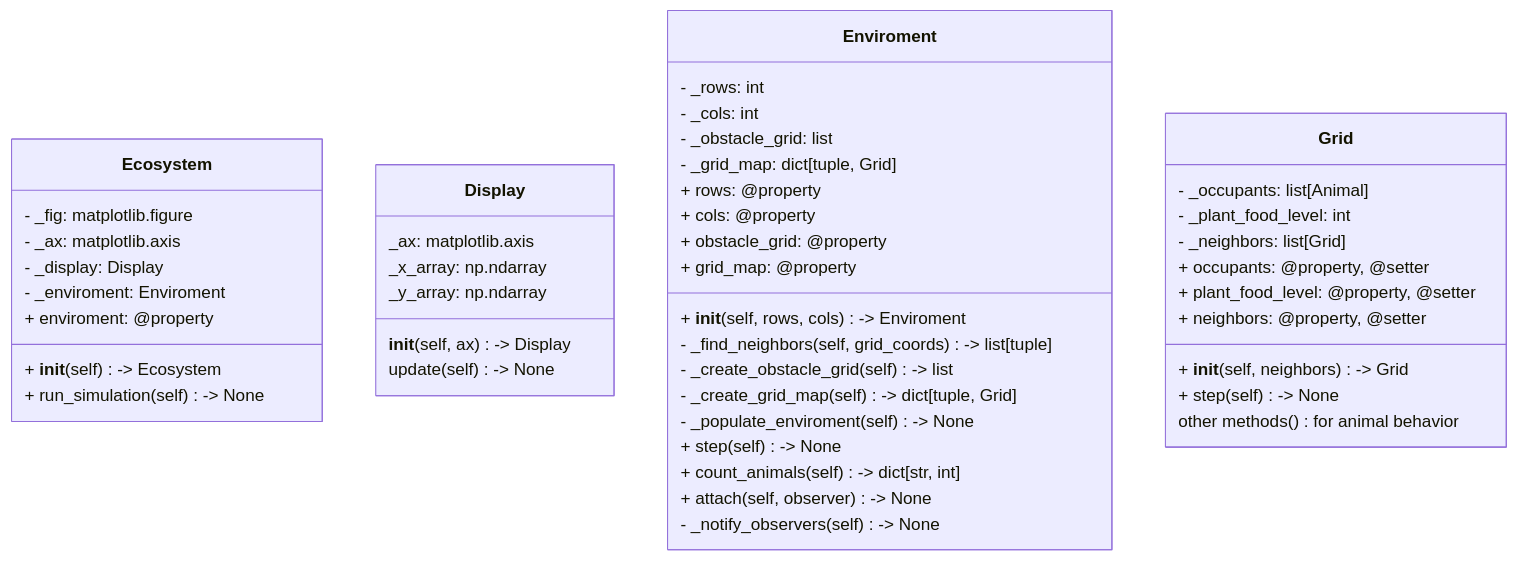
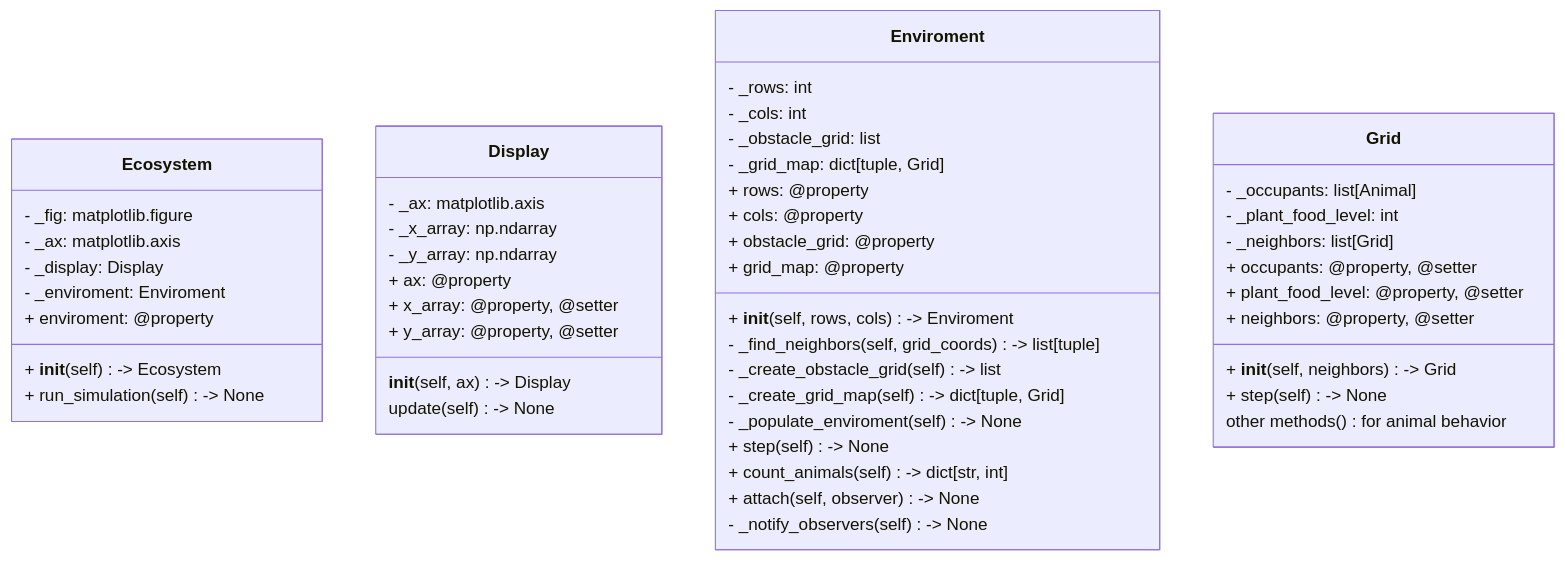
The diagram in README.md (jonathancsci/eco-sys-sim), drawn with Mermaid before and after one commit.

Commit message:
Minor change to UML

````diff
--- a/README.md
+++ b/README.md
@@ -4,54 +4,57 @@
 ```mermaid
 classDiagram
 class Ecosystem {
     - _fig: matplotlib.figure
     - _ax: matplotlib.axis
     - _display: Display
     - _enviroment: Enviroment
     + enviroment: @property
 
     + __init__(self) -> Ecosystem
     + run_simulation(self) -> None
 }
 class Display {
-    _ax: matplotlib.axis
-    _x_array: np.ndarray
-    _y_array: np.ndarray
+    - _ax: matplotlib.axis
+    - _x_array: np.ndarray
+    - _y_array: np.ndarray
+    + ax: @property
+    + x_array: @property, @setter
+    + y_array: @property, @setter
 
     __init__(self, ax) -> Display
     update(self) -> None
 }
 class Enviroment {
     - _rows: int
     - _cols: int
     - _obstacle_grid: list
     - _grid_map: dict[tuple, Grid]
     + rows: @property
     + cols: @property
     + obstacle_grid: @property
     + grid_map: @property
 
     + __init__(self, rows, cols) -> Enviroment
     - _find_neighbors(self, grid_coords) -> list[tuple]
     - _create_obstacle_grid(self) -> list
     - _create_grid_map(self) -> dict[tuple, Grid]
     - _populate_enviroment(self) -> None
     + step(self) -> None
     + count_animals(self) -> dict[str, int]
     + attach(self, observer) -> None
     - _notify_observers(self) -> None
 }
 class Grid {
     - _occupants: list[Animal]
     - _plant_food_level: int
     - _neighbors: list[Grid]
     + occupants: @property, @setter
     + plant_food_level: @property, @setter
     + neighbors: @property, @setter
 
     + __init__(self, neighbors) -> Grid
     + step(self) -> None
     other methods() for animal behavior
 }
 
 ```
````
